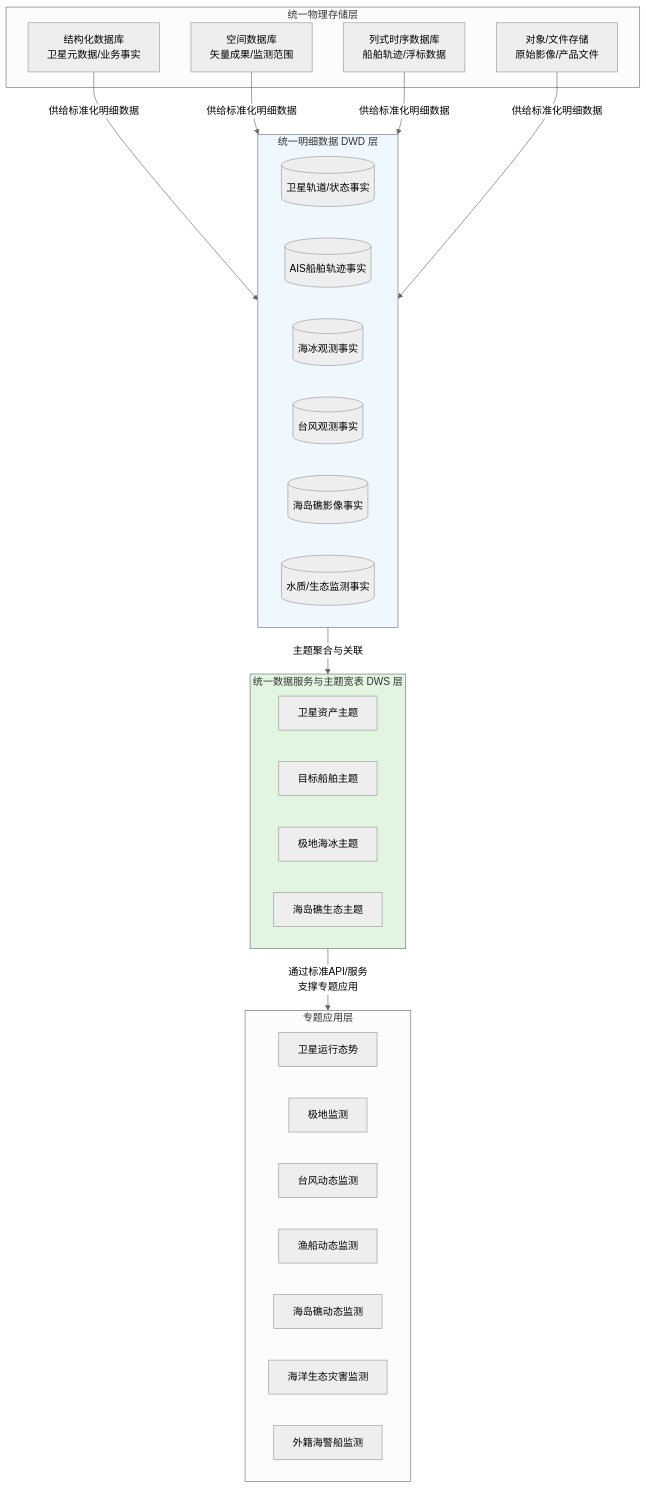
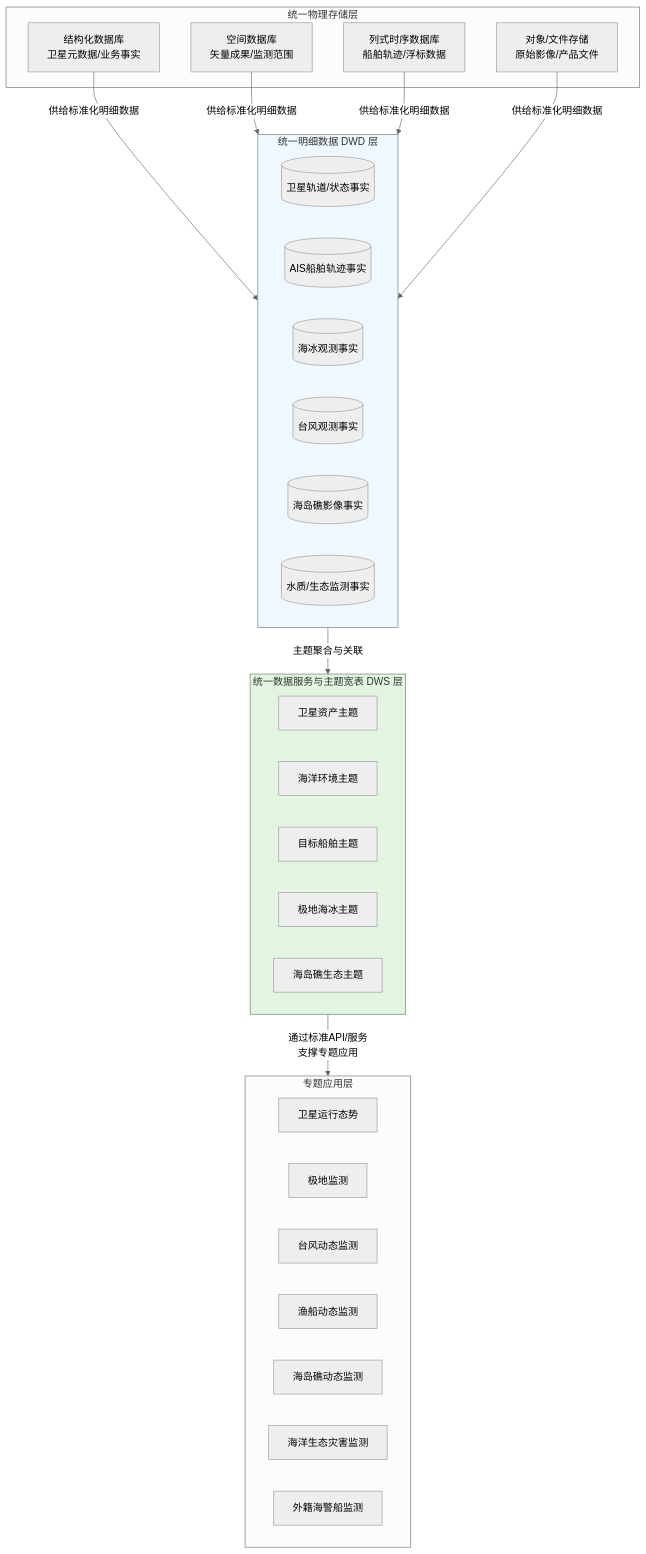
One commit to MyJohn2/iodraw-files changed the diagram in all/未命名.md. Above: the diagram before and after it, drawn with Mermaid (neutral theme).

Commit message:
2026-03-03 11:40:22 update

````diff
--- a/all/未命名.md
+++ b/all/未命名.md
@@ -1,43 +1,43 @@
 ```mermaid
 graph TD
     subgraph A [专题应用层]
         A1[卫星运行态势]
         A2[极地监测]
         A3[台风动态监测]
         A4[渔船动态监测]
         A5[海岛礁动态监测]
         A6[海洋生态灾害监测]
         A7[外籍海警船监测]
     end
 
     subgraph B [统一数据服务与主题宽表 DWS 层]
         B1[卫星资产主题]
         B2[海洋环境主题]
-        B2[目标船舶主题]
+        B3[目标船舶主题]
         B4[极地海冰主题]
         B5[海岛礁生态主题]
     end
 
     subgraph C [统一明细数据 DWD 层]
         C1[(卫星轨道/状态事实)]
         C2[(AIS船舶轨迹事实)]
         C3[(海冰观测事实)]
         C4[(台风观测事实)]
         C5[(海岛礁影像事实)]
         C6[(水质/生态监测事实)]
     end
 
     subgraph D [统一物理存储层]
         D1[结构化数据库<br>卫星元数据/业务事实]
         D2[空间数据库<br>矢量成果/监测范围]
         D3[列式时序数据库<br>船舶轨迹/浮标数据]
         D4[对象/文件存储<br>原始影像/产品文件]
     end
 
     D1 & D2 & D3 & D4 -- 供给标准化明细数据 --> C
     C -- 主题聚合与关联 --> B
     B -- 通过标准API/服务 <br> 支撑专题应用 --> A
     
     style B fill:#e1f5e1
     style C fill:#f0f8ff
 ```
````
